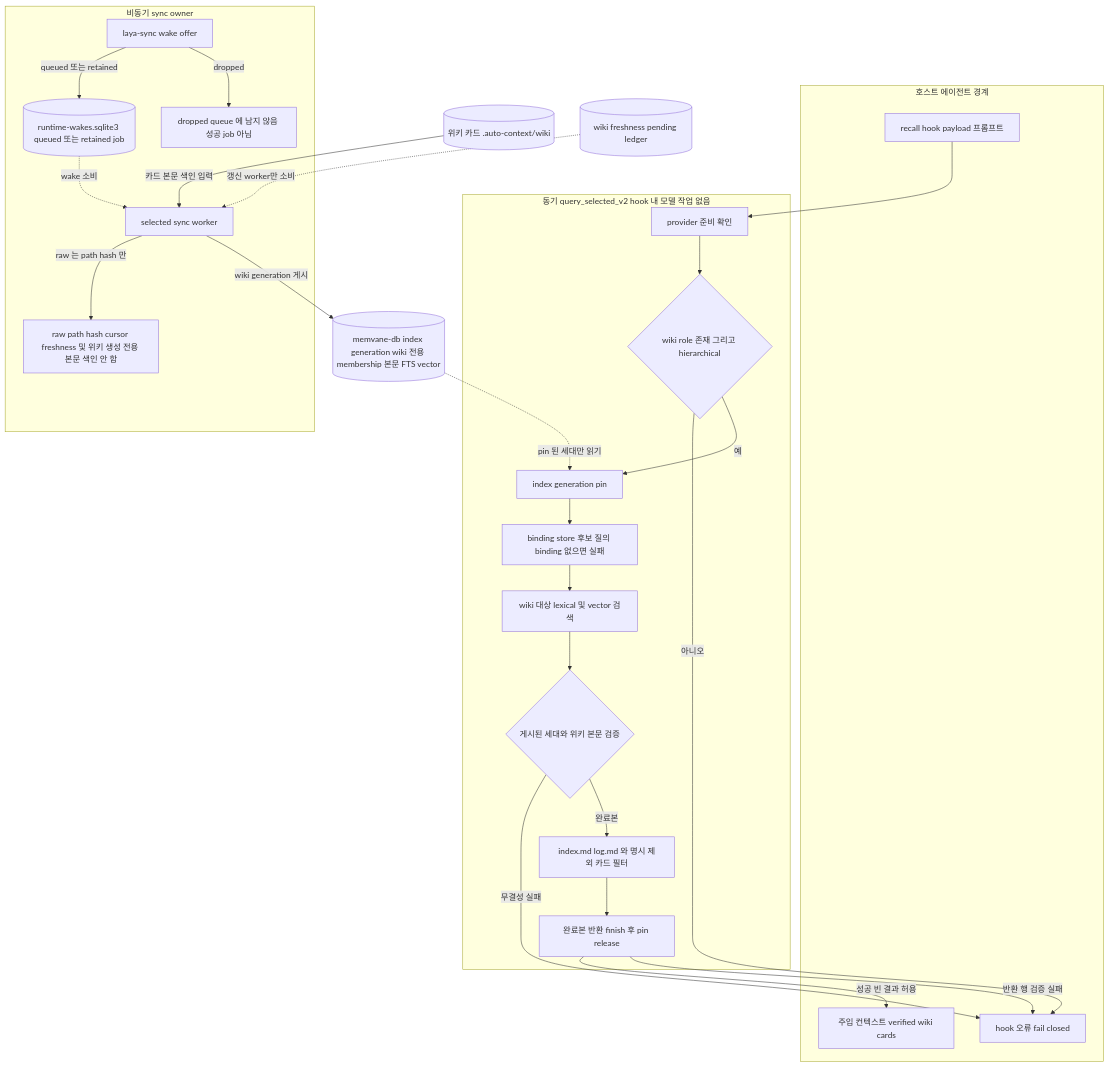
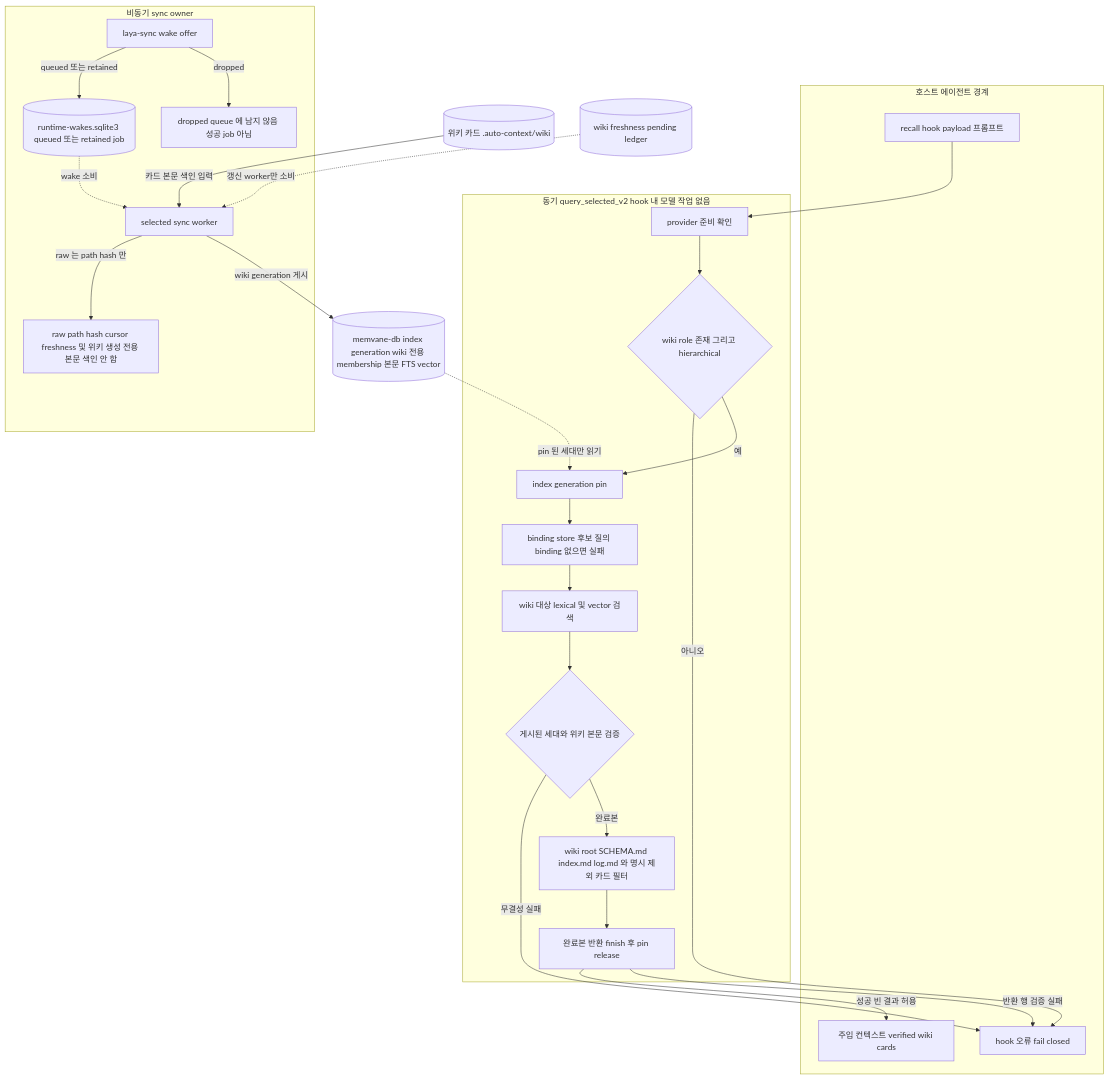
The diagram in docs/architecture/flows/03-wiki-index-search.md (zbdulee/memvane), drawn with Mermaid before and after one commit. The commit also changed other lines of this file and 45 other files, not shown here.

````diff
--- a/docs/architecture/flows/03-wiki-index-search.md
+++ b/docs/architecture/flows/03-wiki-index-search.md
@@ -13,49 +13,49 @@
 ```mermaid
 flowchart TD
   subgraph HOST["호스트 에이전트 경계"]
     UP["recall hook payload 프롬프트"]
     CTX["주입 컨텍스트 verified wiki cards"]
     ERR["hook 오류 fail closed"]
   end
   subgraph Q["동기 query_selected_v2 hook 내 모델 작업 없음"]
     PV["provider 준비 확인"]
     WR{"wiki role 존재 그리고 hierarchical"}
     PN["index generation pin"]
     CB["binding store 후보 질의 binding 없으면 실패"]
     PH["wiki 대상 lexical 및 vector 검색"]
     PD{"게시된 세대와 위키 본문 검증"}
-    FT["index.md log.md 와 명시 제외 카드 필터"]
+    FT["wiki root SCHEMA.md index.md log.md 와 명시 제외 카드 필터"]
     DV["완료본 반환 finish 후 pin release"]
   end
   subgraph ASY["비동기 sync owner"]
     WK["laya-sync wake offer"]
     WQ[("runtime-wakes.sqlite3 queued 또는 retained job")]
     DR["dropped queue 에 남지 않음 성공 job 아님"]
     SW["selected sync worker"]
     RS["raw path hash cursor freshness 및 위키 생성 전용 본문 색인 안 함"]
   end
   IX[("memvane-db index generation wiki 전용 membership 본문 FTS vector")]
   WC[("위키 카드 .auto-context/wiki")]
   PL[("wiki freshness pending ledger")]
 
   UP --> PV
   PV --> WR
   WR -->|"아니오"| ERR
   WR -->|"예"| PN
   PN --> CB
   CB --> PH
   PH --> PD
   IX -.->|"pin 된 세대만 읽기"| PN
   PL -.->|"갱신 worker만 소비"| SW
   PD -->|"무결성 실패"| ERR
   PD -->|"완료본"| FT
   FT --> DV
   DV -->|"성공 빈 결과 허용"| CTX
   DV -->|"반환 행 검증 실패"| ERR
   WK -->|"queued 또는 retained"| WQ
   WK -->|"dropped"| DR
   WQ -.->|"wake 소비"| SW
   WC -->|"카드 본문 색인 입력"| SW
   SW -->|"raw 는 path hash 만"| RS
   SW -->|"wiki generation 게시"| IX
 ```
````
